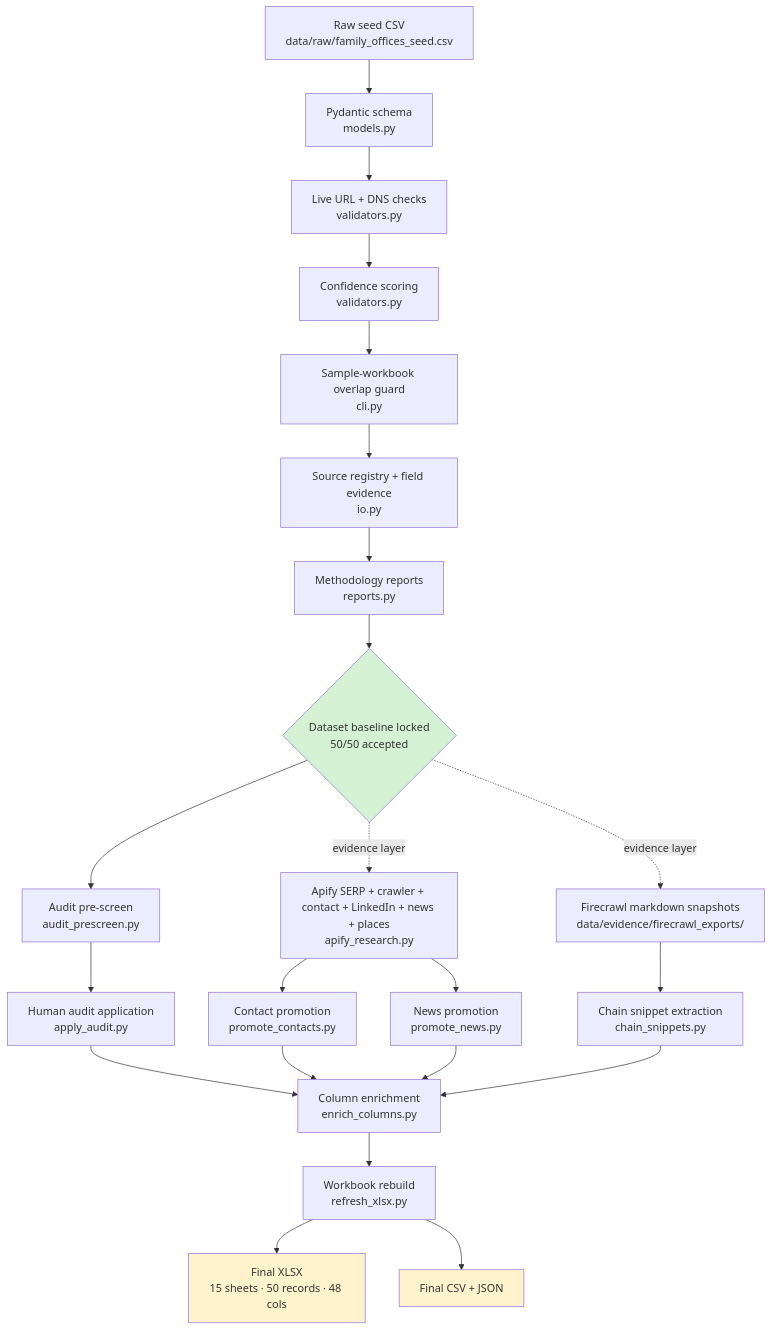
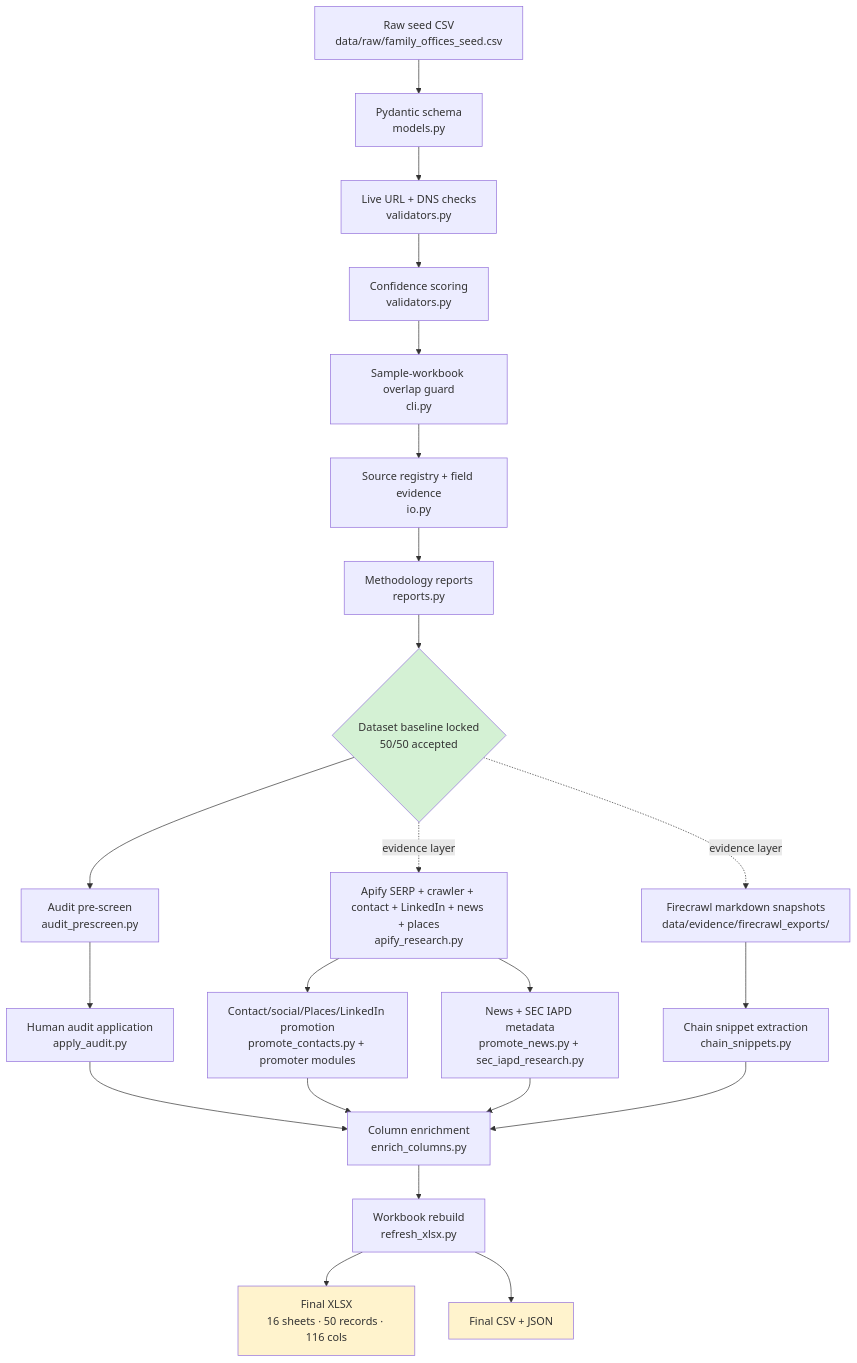
Before and after one commit to hassanasifai/polarity-fo-dataset-rag: the diagram in README.md, drawn with Mermaid. The commit also changed other lines of this file and 85 other files, not shown here.

````diff
--- a/README.md
+++ b/README.md
@@ -20,33 +20,33 @@
 ```mermaid
 flowchart TD
     A[Raw seed CSV<br/>data/raw/family_offices_seed.csv] --> B[Pydantic schema<br/>models.py]
     B --> C[Live URL + DNS checks<br/>validators.py]
     C --> D[Confidence scoring<br/>validators.py]
     D --> E[Sample-workbook overlap guard<br/>cli.py]
     E --> F[Source registry + field evidence<br/>io.py]
     F --> G[Methodology reports<br/>reports.py]
     G --> H{Dataset baseline locked<br/>50/50 accepted}
 
     H --> I[Audit pre-screen<br/>audit_prescreen.py]
     I --> J[Human audit application<br/>apply_audit.py]
 
     H -.evidence layer.-> K[Apify SERP + crawler + contact + LinkedIn + news + places<br/>apify_research.py]
     H -.evidence layer.-> L[Firecrawl markdown snapshots<br/>data/evidence/firecrawl_exports/]
 
-    K --> M[Contact promotion<br/>promote_contacts.py]
+    K --> M[Contact/social/Places/LinkedIn promotion<br/>promote_contacts.py + promoter modules]
     L --> N[Chain snippet extraction<br/>chain_snippets.py]
-    K --> O[News promotion<br/>promote_news.py]
+    K --> O[News + SEC IAPD metadata<br/>promote_news.py + sec_iapd_research.py]
 
     J --> P[Column enrichment<br/>enrich_columns.py]
     M --> P
     N --> P
     O --> P
 
     P --> Q[Workbook rebuild<br/>refresh_xlsx.py]
-    Q --> R[Final XLSX<br/>15 sheets · 50 records · 48 cols]
+    Q --> R[Final XLSX<br/>16 sheets · 50 records · 116 cols]
     Q --> S[Final CSV + JSON]
 
     style H fill:#d4f1d4
     style R fill:#fff3cd
     style S fill:#fff3cd
 ```
````
